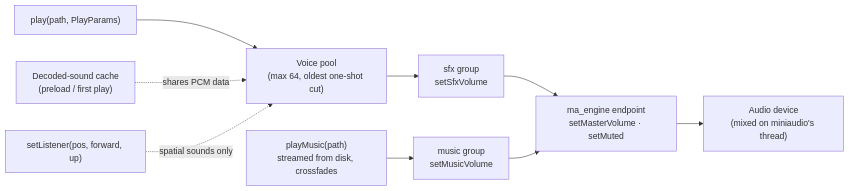
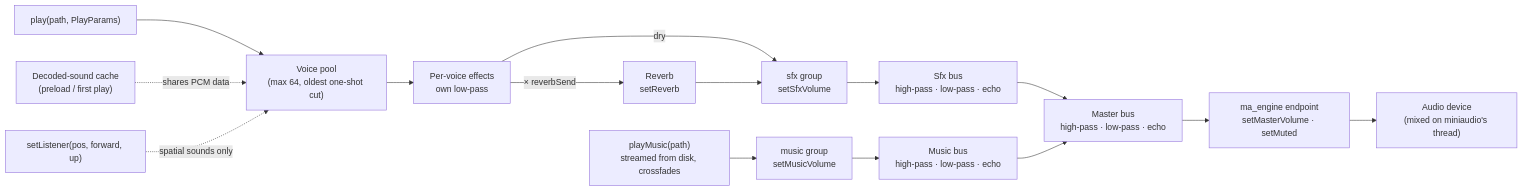
The second of 9 diagrams in docs/ARCHITECTURE.md (Chuck5ta/2DBaseFramework), drawn with Mermaid before and after one commit. The commit also changed other lines of this file and 10 other files, not shown here.

````diff
--- a/docs/ARCHITECTURE.md
+++ b/docs/ARCHITECTURE.md
@@ -244,11 +245,17 @@
 ```mermaid
 flowchart LR
     play["play(path, PlayParams)"] --> voice["Voice pool<br/>(max 64, oldest one-shot cut)"]
     cache["Decoded-sound cache<br/>(preload / first play)"] -.->|"shares PCM data"| voice
-    voice --> sfx["sfx group<br/>setSfxVolume"]
+    lis["setListener(pos, forward, up)"] -.->|"spatial sounds only"| voice
+    voice --> vfx["Per-voice effects<br/>own low-pass"]
+    vfx -->|"dry"| sfx["sfx group<br/>setSfxVolume"]
+    vfx -->|"× reverbSend"| rev["Reverb<br/>setReverb"]
+    rev --> sfx
+    sfx --> sbus["Sfx bus<br/>high-pass · low-pass · echo"]
     music["playMusic(path)<br/>streamed from disk, crossfades"] --> mus["music group<br/>setMusicVolume"]
-    sfx --> eng["ma_engine endpoint<br/>setMasterVolume · setMuted"]
-    mus --> eng
-    lis["setListener(pos, forward, up)"] -.->|"spatial sounds only"| voice
+    mus --> mbus["Music bus<br/>high-pass · low-pass · echo"]
+    sbus --> master["Master bus<br/>high-pass · low-pass · echo"]
+    mbus --> master
+    master --> eng["ma_engine endpoint<br/>setMasterVolume · setMuted"]
     eng --> dev["Audio device<br/>(mixed on miniaudio's thread)"]
 ```
````
